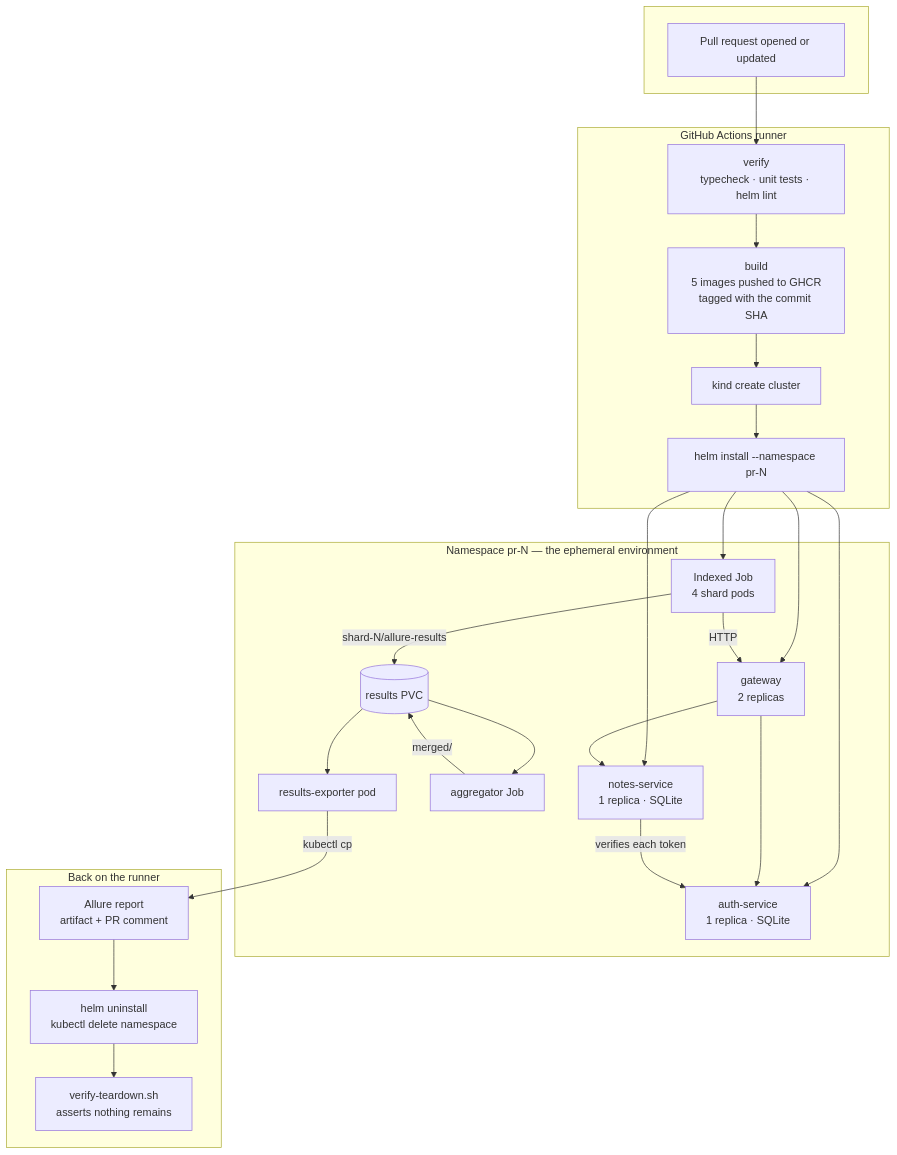
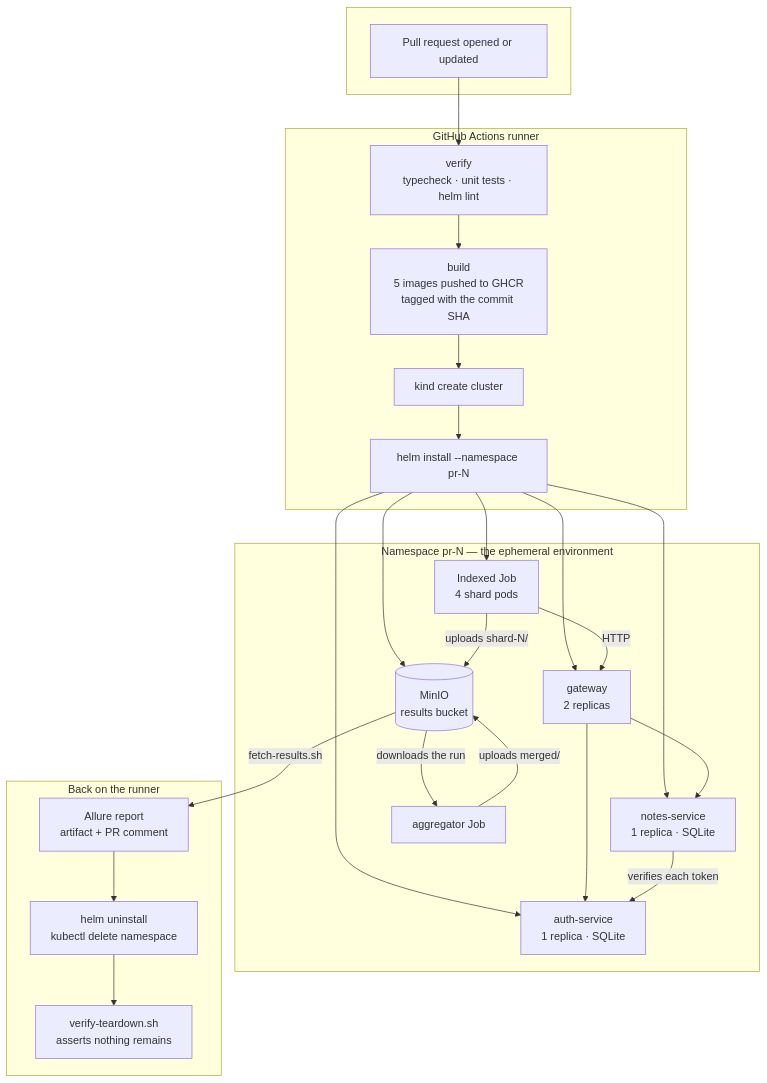
One commit to AKogut/ephemeral-k8s-test-envs changed the diagram in docs/architecture.md. Above: the diagram before and after it, drawn with Mermaid. The commit also changed other lines of this file and 16 other files, not shown here.

````diff
--- a/docs/architecture.md
+++ b/docs/architecture.md
@@ -21,41 +21,39 @@
 ```mermaid
 flowchart TB
     subgraph trigger[" "]
         PR[Pull request opened or updated]
     end
 
     subgraph ci["GitHub Actions runner"]
         VERIFY[verify<br/>typecheck · unit tests · helm lint]
         BUILD[build<br/>5 images pushed to GHCR<br/>tagged with the commit SHA]
         KIND[kind create cluster]
         HELM[helm install --namespace pr-N]
     end
 
     subgraph ns["Namespace pr-N — the ephemeral environment"]
         GW[gateway<br/>2 replicas]
         AUTH[auth-service<br/>1 replica · SQLite]
         NOTES[notes-service<br/>1 replica · SQLite]
         JOB[Indexed Job<br/>4 shard pods]
-        PVC[(results PVC)]
+        MINIO[(MinIO<br/>results bucket)]
         AGG[aggregator Job]
-        EXP[results-exporter pod]
     end
 
     subgraph after["Back on the runner"]
         REPORT[Allure report<br/>artifact + PR comment]
         DOWN[helm uninstall<br/>kubectl delete namespace]
         PROVE[verify-teardown.sh<br/>asserts nothing remains]
     end
 
     PR --> VERIFY --> BUILD --> KIND --> HELM
-    HELM --> GW & AUTH & NOTES & JOB
+    HELM --> GW & AUTH & NOTES & JOB & MINIO
     GW --> AUTH & NOTES
     NOTES -->|verifies each token| AUTH
     JOB -->|HTTP| GW
-    JOB -->|shard-N/allure-results| PVC
-    PVC --> AGG
-    AGG -->|merged/| PVC
-    PVC --> EXP
-    EXP -->|kubectl cp| REPORT
+    JOB -->|uploads shard-N/| MINIO
+    MINIO -->|downloads the run| AGG
+    AGG -->|uploads merged/| MINIO
+    MINIO -->|fetch-results.sh| REPORT
     REPORT --> DOWN --> PROVE
 ```
````
